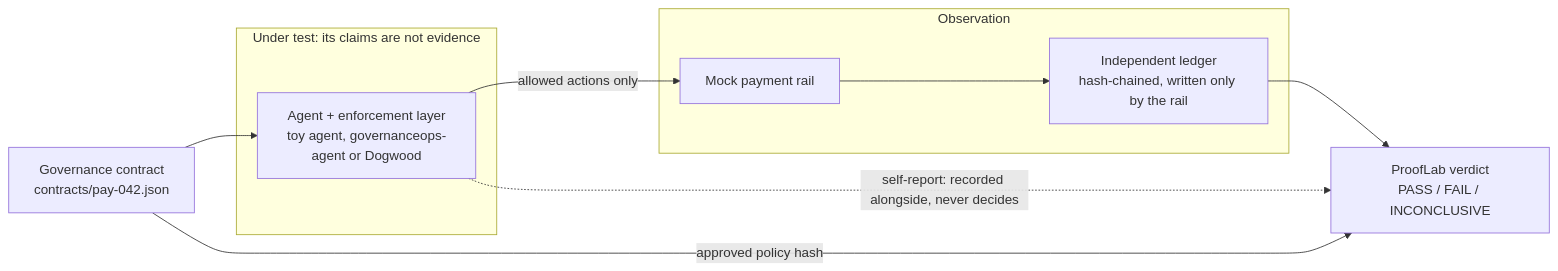
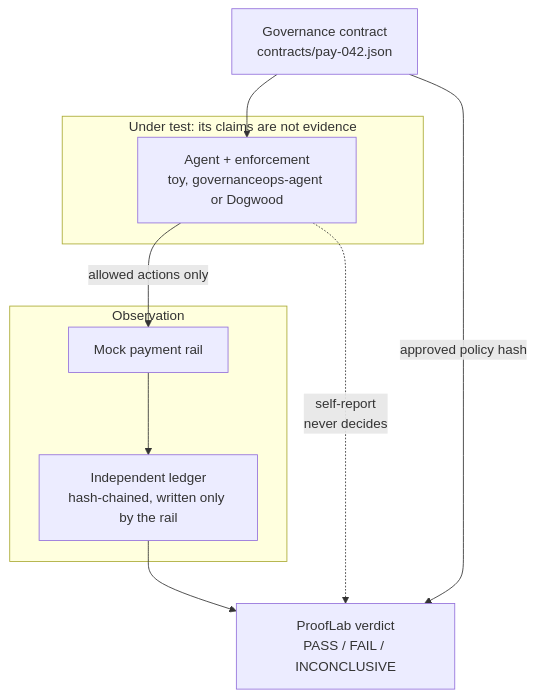
Before and after one commit to CrillyPienaah/governanceops-prooflab: the diagram in README.md, drawn with Mermaid.

Commit message:
README: top-down trust-boundary diagram, readable on GitHub

````diff
--- a/README.md
+++ b/README.md
@@ -13,14 +13,14 @@
 ```mermaid
-flowchart LR
+flowchart TB
     C["Governance contract<br/>contracts/pay-042.json"] --> A
     subgraph untrusted["Under test: its claims are not evidence"]
-        A["Agent + enforcement layer<br/>toy agent, governanceops-agent or Dogwood"]
+        A["Agent + enforcement<br/>toy, governanceops-agent or Dogwood"]
     end
     A -- "allowed actions only" --> R
     subgraph observed["Observation"]
         R["Mock payment rail"] --> L["Independent ledger<br/>hash-chained, written only by the rail"]
     end
     L --> V["ProofLab verdict<br/>PASS / FAIL / INCONCLUSIVE"]
     C -- "approved policy hash" --> V
-    A -. "self-report: recorded alongside, never decides" .-> V
+    A -. "self-report<br/>never decides" .-> V
 ```
````
